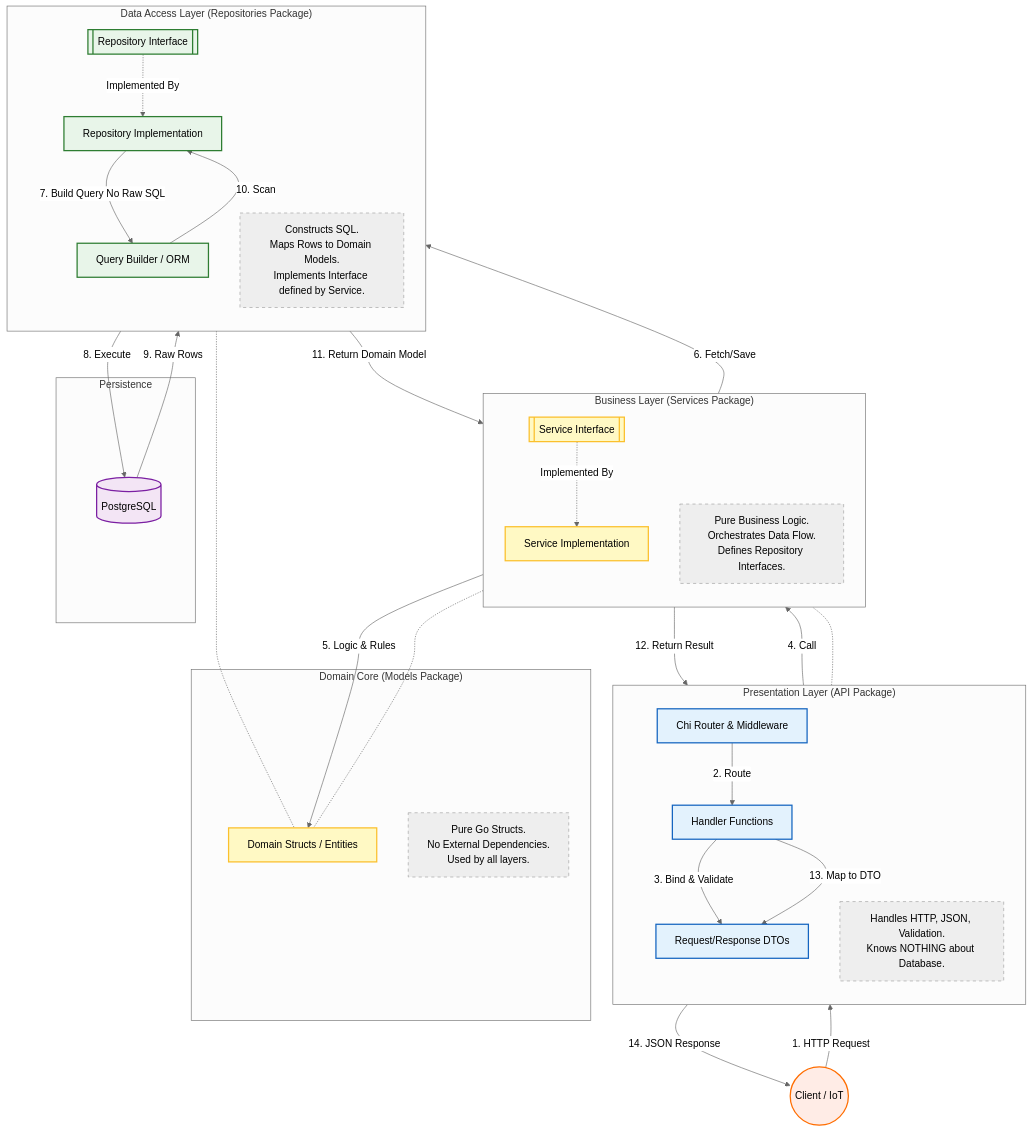
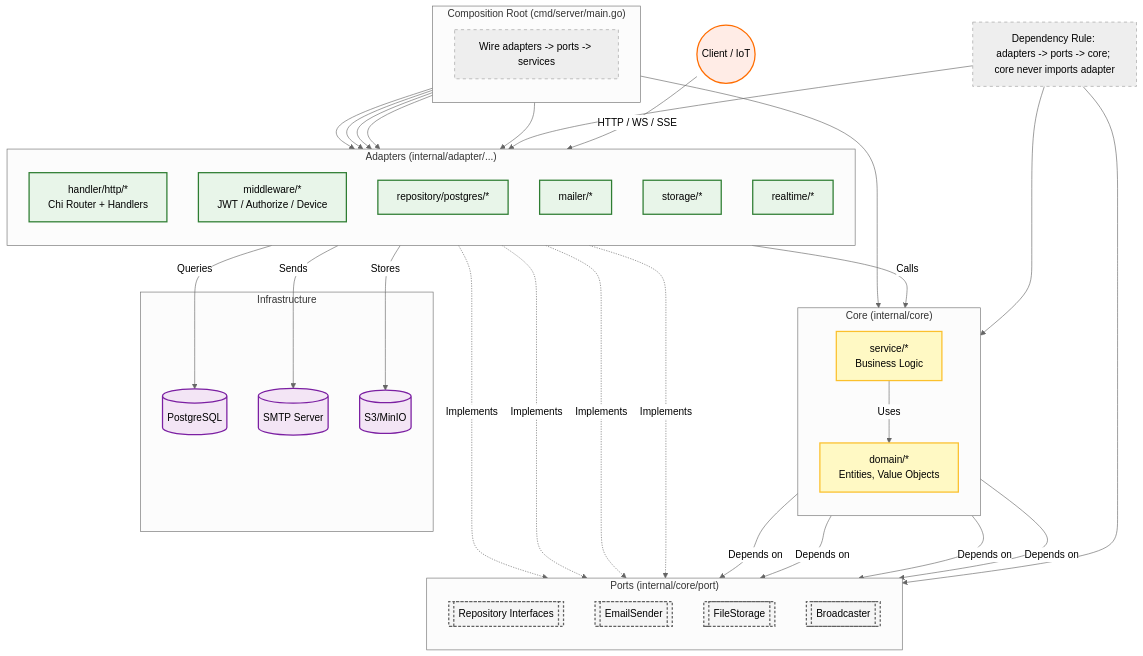
Before and after one commit to moto-nrw/project-phoenix: the diagram in backend/TARGET_ARCHITECTURE.mmd, drawn with Mermaid (neutral theme). The commit also changed 35 other files, not shown here.

Commit message:
refactor: decouple core from adapters

```diff
--- a/backend/TARGET_ARCHITECTURE.mmd
+++ b/backend/TARGET_ARCHITECTURE.mmd
@@ -1,70 +1,80 @@
+
 graph TD
     %% ---------------- Styles ----------------
     classDef client fill:#ffece6,stroke:#ff6d00,stroke-width:2px,color:black
     classDef api fill:#e3f2fd,stroke:#1565c0,stroke-width:2px,color:black
     classDef service fill:#fff9c4,stroke:#fbc02d,stroke-width:2px,color:black
-    classDef repo fill:#e8f5e9,stroke:#2e7d32,stroke-width:2px,color:black
+    classDef port fill:#f5f5f5,stroke:#616161,stroke-width:2px,stroke-dasharray: 4 3,color:black
+    classDef adapter fill:#e8f5e9,stroke:#2e7d32,stroke-width:2px,color:black
     classDef db fill:#f3e5f5,stroke:#7b1fa2,stroke-width:2px,color:black
-    classDef model fill:#eeeeee,stroke:#9e9e9e,stroke-width:1px,stroke-dasharray: 5 5,color:black
+    classDef note fill:#eeeeee,stroke:#9e9e9e,stroke-width:1px,stroke-dasharray: 5 5,color:black
 
     %% ---------------- Nodes ----------------
     User((Client / IoT)):::client
 
-    subgraph Presentation_Layer ["Presentation Layer (API Package)"]
+    subgraph CompositionRoot ["Composition Root (cmd/server/main.go)"]
         direction TB
-        Router[Chi Router & Middleware]:::api
-        Handler[Handler Functions]:::api
-        DTO[Request/Response DTOs]:::api
-        Desc1[Handles HTTP, JSON, Validation.<br/>Knows NOTHING about Database.]:::model
+        Wiring["Wire adapters -> ports -> services"]:::note
     end
 
-    subgraph Business_Layer ["Business Layer (Services Package)"]
+    subgraph AdapterLayer ["Adapters (internal/adapter/...)" ]
         direction TB
-        ServiceLogic[Service Implementation]:::service
-        ServiceIFace[[Service Interface]]:::service
-        Desc2[Pure Business Logic.<br/>Orchestrates Data Flow.<br/>Defines Repository Interfaces.]:::model
+        HTTP["handler/http/*\nChi Router + Handlers"]:::adapter
+        AuthMW["middleware/*\nJWT / Authorize / Device"]:::adapter
+        RepoPG["repository/postgres/*"]:::adapter
+        Mailer["mailer/*"]:::adapter
+        Storage["storage/*"]:::adapter
+        Realtime["realtime/*"]:::adapter
     end
 
-    subgraph Domain_Core ["Domain Core (Models Package)"]
-        DomainModel[Domain Structs / Entities]:::service
-        Desc3[Pure Go Structs.<br/>No External Dependencies.<br/>Used by all layers.]:::model
+    subgraph Ports ["Ports (internal/core/port)" ]
+        direction TB
+        RepoPort[["Repository Interfaces"]]:::port
+        EmailPort[["EmailSender"]]:::port
+        StoragePort[["FileStorage"]]:::port
+        RealtimePort[["Broadcaster"]]:::port
     end
 
-    subgraph Data_Access_Layer ["Data Access Layer (Repositories Package)"]
+    subgraph Core ["Core (internal/core)" ]
         direction TB
-        RepoImp[Repository Implementation]:::repo
-        RepoIFace[[Repository Interface]]:::repo
-        QueryBuilder[Query Builder / ORM]:::repo
-        Desc4[Constructs SQL.<br/>Maps Rows to Domain Models.<br/>Implements Interface defined by Service.]:::model
+        Domain["domain/*\nEntities, Value Objects"]:::service
+        Service["service/*\nBusiness Logic"]:::service
     end
 
-    subgraph Persistence ["Persistence"]
-        Database[(PostgreSQL)]:::db
+    subgraph Infra ["Infrastructure" ]
+        DB[(PostgreSQL)]:::db
+        SMTP[(SMTP Server)]:::db
+        S3[(S3/MinIO)]:::db
     end
 
     %% ---------------- Flows ----------------
+    User -->|HTTP / WS / SSE| HTTP
+    HTTP -->|Calls| Service
+    Service -->|Uses| Domain
+    Service -->|Depends on| RepoPort
+    Service -->|Depends on| EmailPort
+    Service -->|Depends on| StoragePort
+    Service -->|Depends on| RealtimePort
 
-    %% Request Flow (Downstream)
-    User -->|1. HTTP Request| Router
-    Router -->|2. Route| Handler
-    Handler -->|3. Bind & Validate| DTO
-    Handler -->|4. Call| ServiceIFace
-    ServiceIFace -.->|Implemented By| ServiceLogic
-    ServiceLogic -->|5. Logic & Rules| DomainModel
-    ServiceLogic -->|6. Fetch/Save| RepoIFace
-    RepoIFace -.->|Implemented By| RepoImp
-    RepoImp -->|7. Build Query No Raw SQL| QueryBuilder
-    QueryBuilder -->|8. Execute| Database
+    RepoPG -.->|Implements| RepoPort
+    Mailer -.->|Implements| EmailPort
+    Storage -.->|Implements| StoragePort
+    Realtime -.->|Implements| RealtimePort
 
-    %% Response Flow (Upstream)
-    Database -- 9. Raw Rows --> QueryBuilder
-    QueryBuilder -- 10. Scan --> RepoImp
-    RepoImp -- 11. Return Domain Model --> ServiceLogic
-    ServiceLogic -- 12. Return Result --> Handler
-    Handler -- 13. Map to DTO --> DTO
-    DTO -- 14. JSON Response --> User
+    RepoPG -->|Queries| DB
+    Mailer -->|Sends| SMTP
+    Storage -->|Stores| S3
 
-    %% Dependencies
-    Handler -.- ServiceLogic
-    ServiceLogic -.- DomainModel
-    RepoImp -.- DomainModel
+    %% ---------------- Composition Root ----------------
+    Wiring --> HTTP
+    Wiring --> RepoPG
+    Wiring --> Mailer
+    Wiring --> Storage
+    Wiring --> Realtime
+    Wiring --> Service
+
+    %% ---------------- Dependency Rule ----------------
+    Rule["Dependency Rule: adapters -> ports -> core; core never imports adapter"]:::note
+    Rule --> AdapterLayer
+    Rule --> Ports
+    Rule --> Core
```
